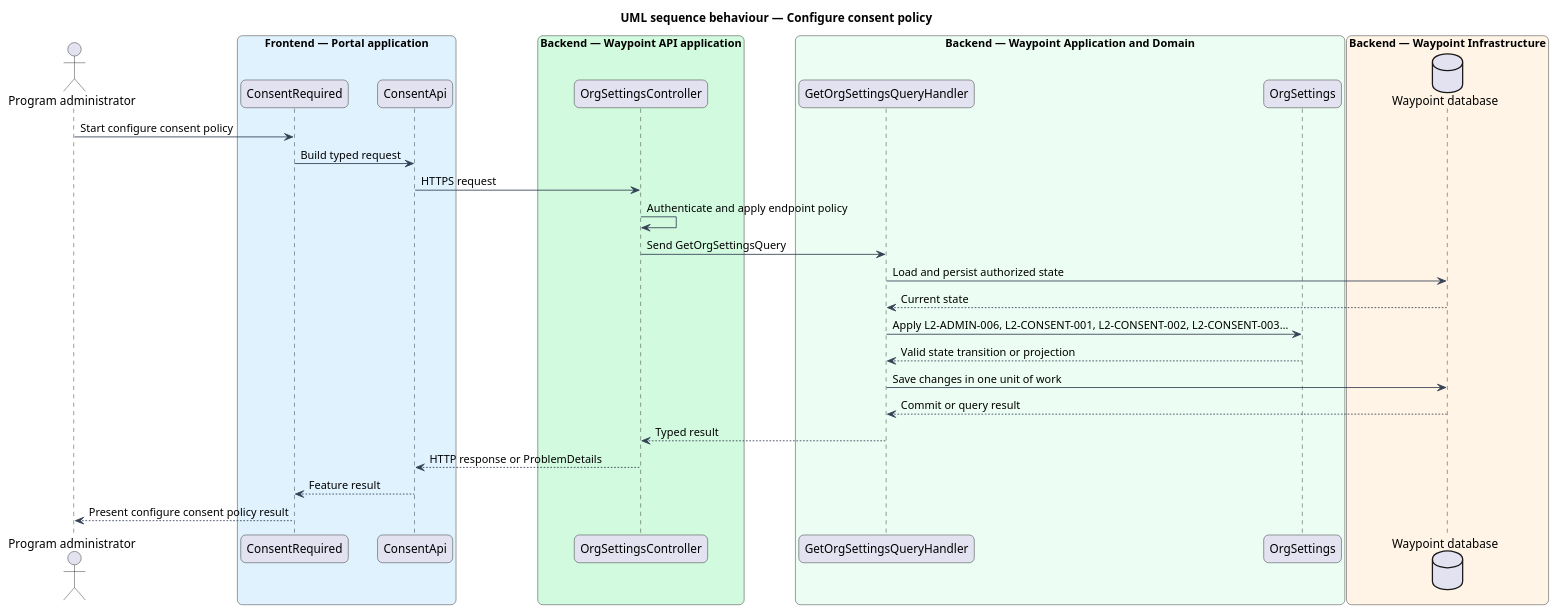
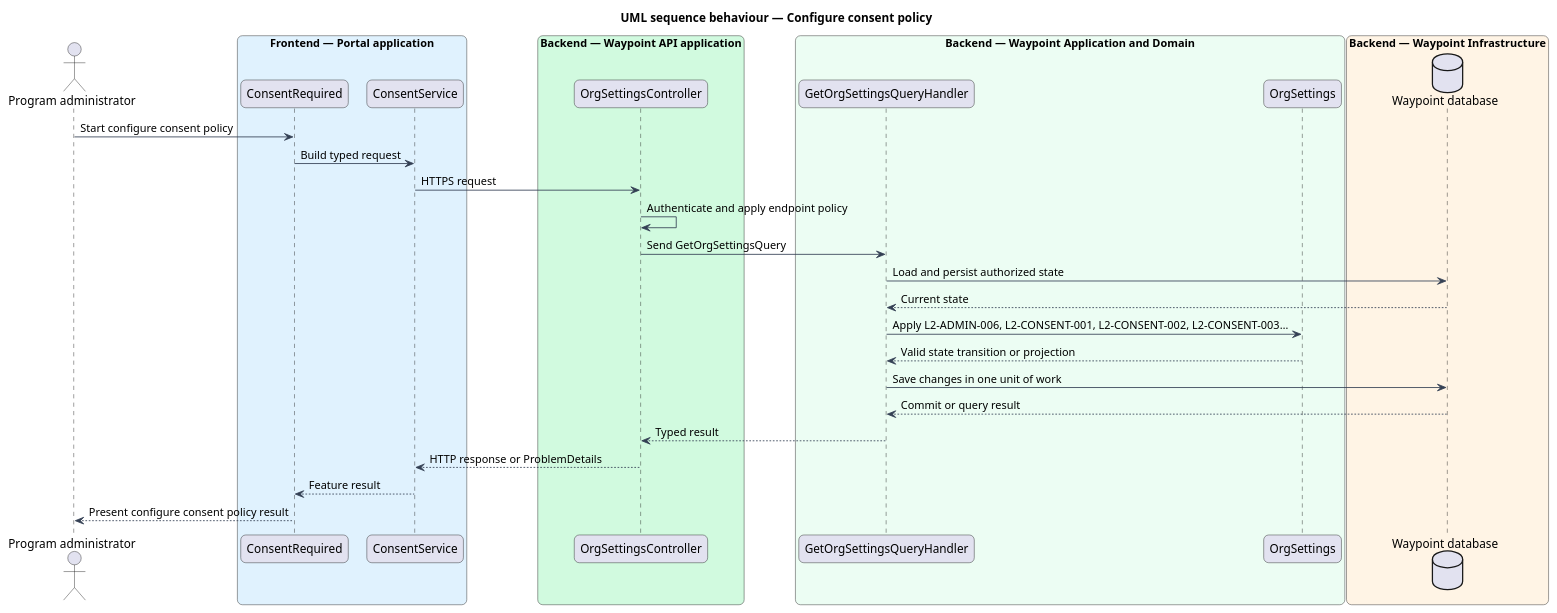
One commit to QuinntyneBrown/waypoint changed the diagram in docs/detailed-designs/program-administration/configure-consent-policy/diagrams/sequence-behaviour.puml. Above: the diagram before and after it, drawn with PlantUML. The commit also changed 679 other files, not shown here.

First line of the commit message:
Rename frontend API services from *Api to *Service

```diff
--- a/docs/detailed-designs/program-administration/configure-consent-policy/diagrams/sequence-behaviour.puml
+++ b/docs/detailed-designs/program-administration/configure-consent-policy/diagrams/sequence-behaviour.puml
@@ -1,48 +1,48 @@
 @startuml
 
 title UML sequence behaviour — Configure consent policy
 skinparam backgroundColor #FFFFFF
 skinparam shadowing false
 skinparam roundcorner 12
 skinparam defaultFontName Arial
 skinparam ArrowColor #344054
 skinparam rectangle {
   BorderColor #344054
   FontColor #101828
 }
 skinparam package {
   BorderColor #667085
   FontColor #101828
   BackgroundColor #F9FAFB
 }
 actor "Program administrator" as actor
 box "Frontend — Portal application" #E0F2FE
   participant "ConsentRequired" as page
-  participant "ConsentApi" as client
+  participant "ConsentService" as client
 end box
 box "Backend — Waypoint API application" #D1FADF
   participant "OrgSettingsController" as controller
 end box
 box "Backend — Waypoint Application and Domain" #ECFDF3
   participant "GetOrgSettingsQueryHandler" as handler
   participant "OrgSettings" as entity
 end box
 box "Backend — Waypoint Infrastructure" #FFF4E5
   database "Waypoint database" as db
 end box
 actor -> page : Start configure consent policy
 page -> client : Build typed request
 client -> controller : HTTPS request
 controller -> controller : Authenticate and apply endpoint policy
 controller -> handler : Send GetOrgSettingsQuery
 handler -> db : Load and persist authorized state
 db --> handler : Current state
 handler -> entity : Apply L2-ADMIN-006, L2-CONSENT-001, L2-CONSENT-002, L2-CONSENT-003…
 entity --> handler : Valid state transition or projection
 handler -> db : Save changes in one unit of work
 db --> handler : Commit or query result
 handler --> controller : Typed result
 controller --> client : HTTP response or ProblemDetails
 client --> page : Feature result
 page --> actor : Present configure consent policy result
 @enduml
```
